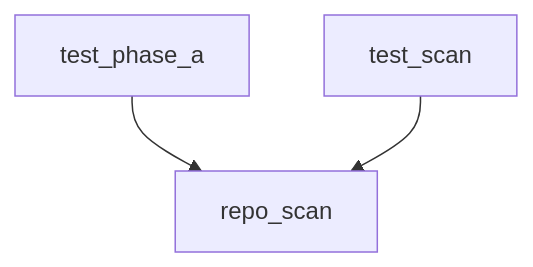
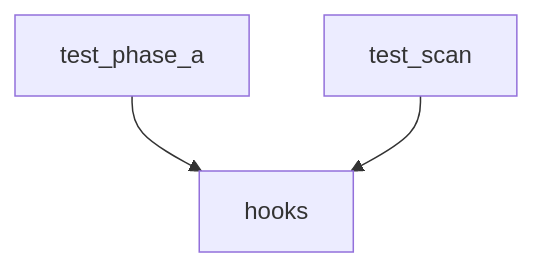
One commit to hhleroy97/repo-scan changed the diagram in docs/reports/dependencies.md. Above: the diagram before and after it, drawn with Mermaid. The commit also changed other lines of this file and 24 other files, not shown here.

Commit message:
refactor: phase A2 — split monolith into repo_scan/ package

````diff
--- a/docs/reports/dependencies.md
+++ b/docs/reports/dependencies.md
@@ -10,5 +10,5 @@
 ```mermaid
 graph TD
-  tests_test_phase_a["test_phase_a"] --> repo_scan["repo_scan"]
-  tests_test_scan["test_scan"] --> repo_scan["repo_scan"]
+  tests_test_phase_a["test_phase_a"] --> repo_scan_hooks["hooks"]
+  tests_test_scan["test_scan"] --> repo_scan_hooks["hooks"]
 ```
````
